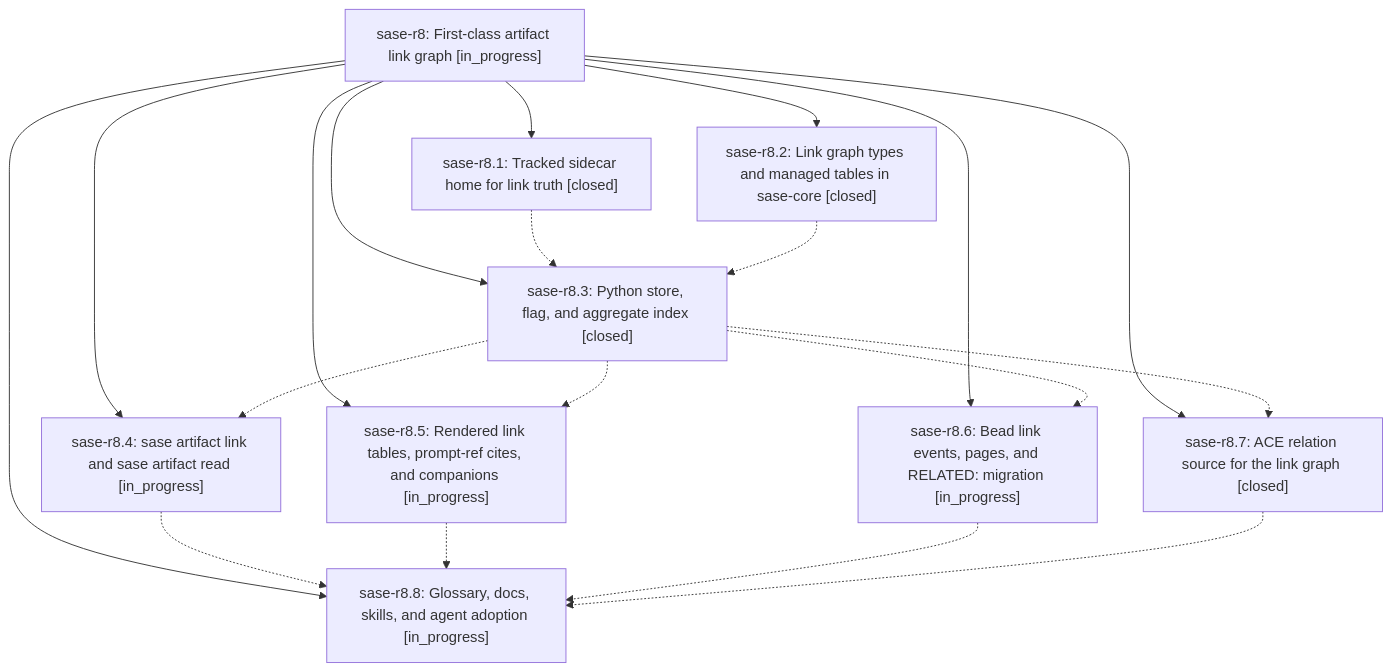
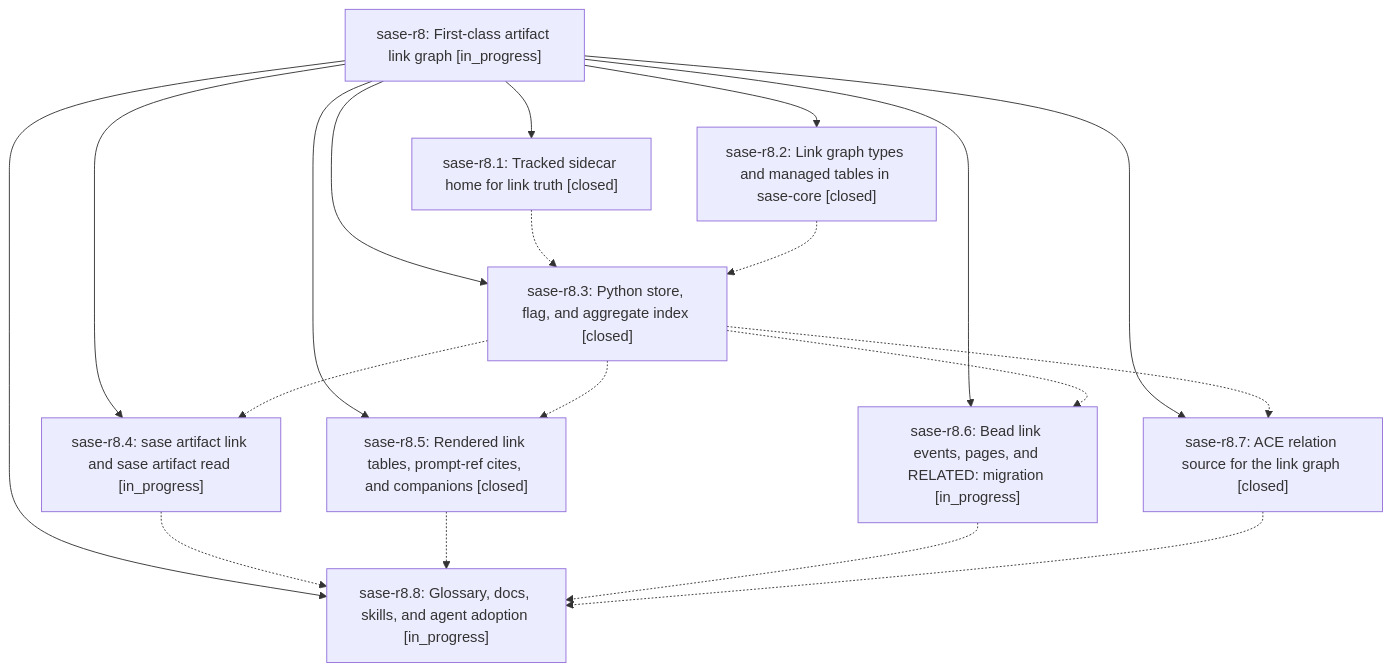
Before and after one commit to sase-org/sase--beads: the diagram in pages/sase-r8/README.md, drawn with Mermaid. The commit also changed other lines of this file and 3 other files, not shown here.

````diff
--- a/pages/sase-r8/README.md
+++ b/pages/sase-r8/README.md
@@ -29,30 +29,30 @@
 ```mermaid
 flowchart TD
     n0["sase-r8: First-class artifact link graph [in_progress]"]
     n1["sase-r8.1: Tracked sidecar home for link truth [closed]"]
     n2["sase-r8.2: Link graph types and managed tables in sase-core [closed]"]
     n3["sase-r8.3: Python store, flag, and aggregate index [closed]"]
     n4["sase-r8.4: sase artifact link and sase artifact read [in_progress]"]
-    n5["sase-r8.5: Rendered link tables, prompt-ref cites, and companions [in_progress]"]
+    n5["sase-r8.5: Rendered link tables, prompt-ref cites, and companions [closed]"]
     n6["sase-r8.6: Bead link events, pages, and RELATED: migration [in_progress]"]
     n7["sase-r8.7: ACE relation source for the link graph [closed]"]
     n8["sase-r8.8: Glossary, docs, skills, and agent adoption [in_progress]"]
     n0 --> n1
     n0 --> n2
     n0 --> n3
     n0 --> n4
     n0 --> n5
     n0 --> n6
     n0 --> n7
     n0 --> n8
     n1 -.-> n3
     n2 -.-> n3
     n3 -.-> n4
     n3 -.-> n5
     n3 -.-> n6
     n3 -.-> n7
     n4 -.-> n8
     n5 -.-> n8
     n6 -.-> n8
     n7 -.-> n8
 ```
````
